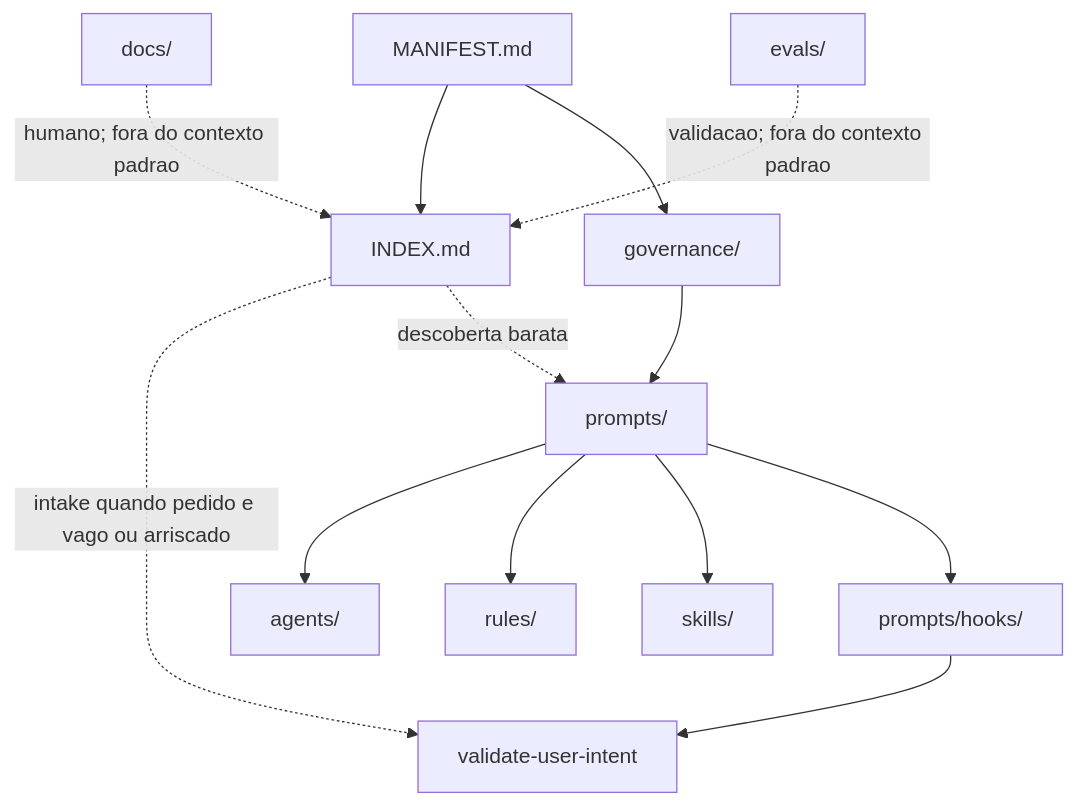
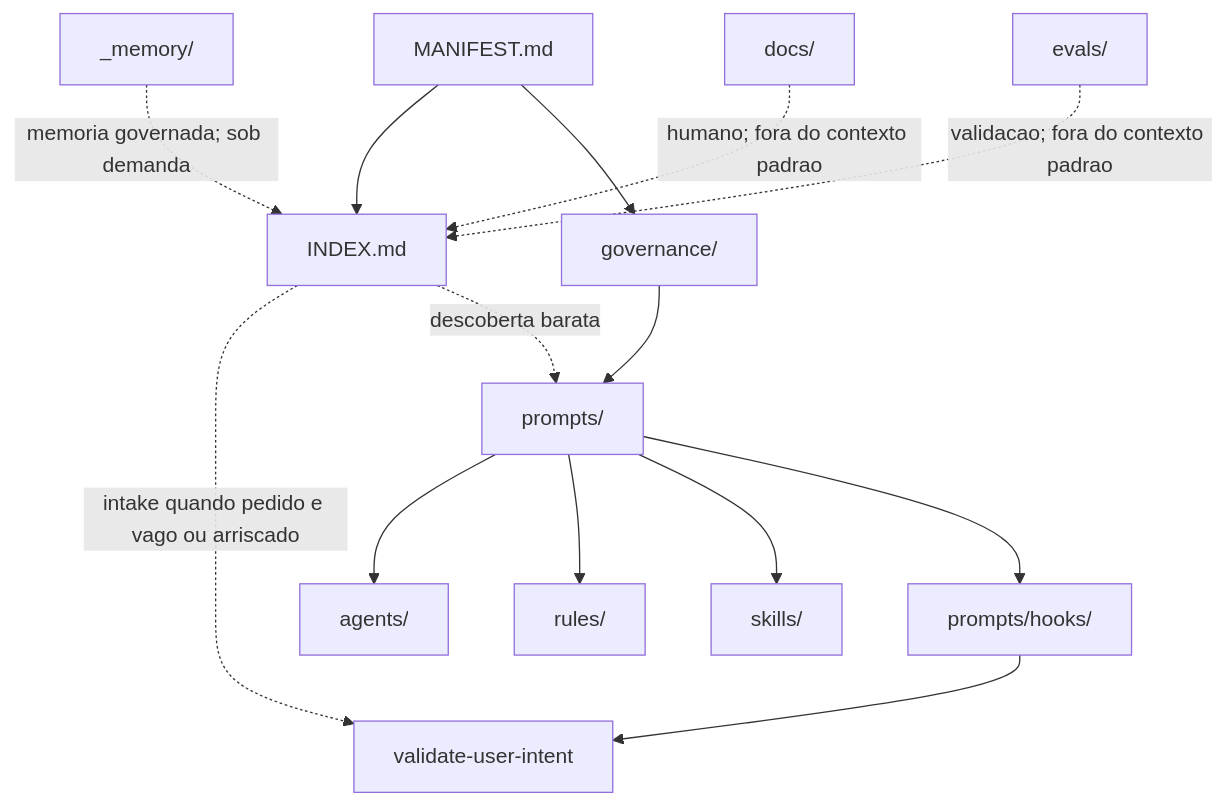
One commit to moreira-and/agent-ops changed the diagram in README.md. Above: the diagram before and after it, drawn with Mermaid. The commit also changed other lines of this file and 13 other files, not shown here.

````diff
--- a/README.md
+++ b/README.md
@@ -35,15 +35,16 @@
 ```mermaid
 flowchart TD
     manifest["MANIFEST.md"] --> index["INDEX.md"]
     manifest --> governance["governance/"]
     index -. "intake quando pedido e vago ou arriscado" .-> intake["validate-user-intent"]
     index -. "descoberta barata" .-> prompts["prompts/"]
     governance --> prompts
     prompts --> agents["agents/"]
     prompts --> rules["rules/"]
     prompts --> skills["skills/"]
     prompts --> hooks["prompts/hooks/"]
     hooks --> intake
+    memory["_memory/"] -. "memoria governada; sob demanda" .-> index
     docs["docs/"] -. "humano; fora do contexto padrao" .-> index
     evals["evals/"] -. "validacao; fora do contexto padrao" .-> index
 ```
````
